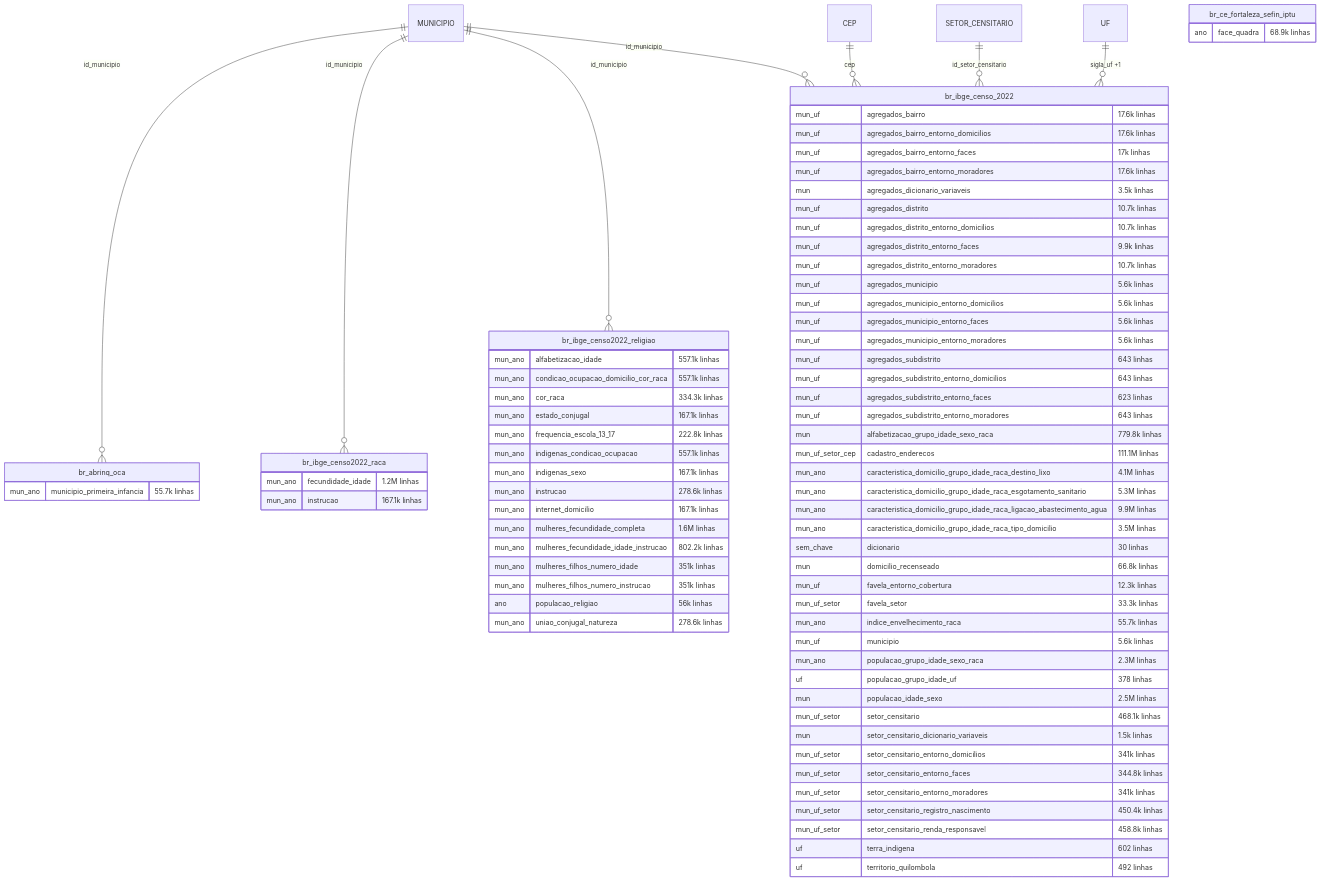
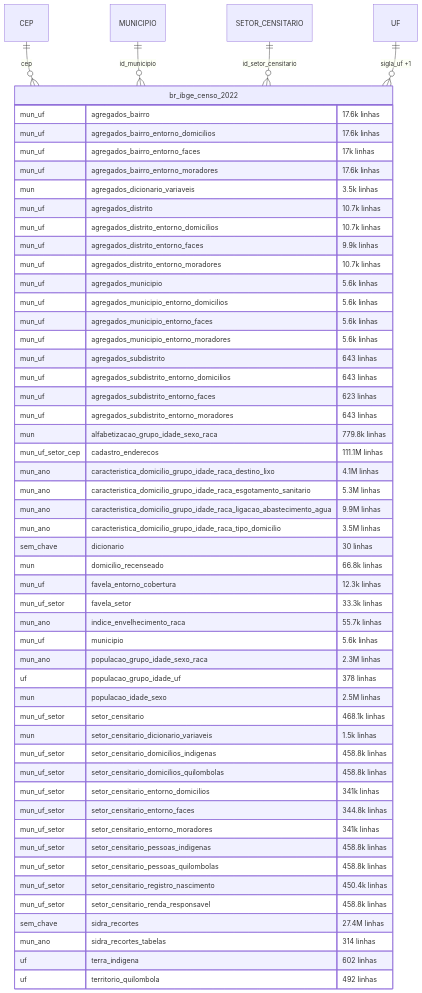
Diagram 25 of 31 in docs/mapa/ERD.md (rafapolo/rodado), drawn with Mermaid before and after one commit. The commit also changed other lines of this file and 9 other files, not shown here.

Commit message:
chore: regenera catálogo, chaves e atlas com caged do mte, dívida ativa por trimestre e recortes do censo

````diff
--- a/docs/mapa/ERD.md
+++ b/docs/mapa/ERD.md
@@ -2188,80 +2226,56 @@
 ```mermaid
 erDiagram
-    MUNICIPIO ||--o{ br_abrinq_oca : "id_municipio"
-    MUNICIPIO ||--o{ br_ibge_censo2022_raca : "id_municipio"
-    MUNICIPIO ||--o{ br_ibge_censo2022_religiao : "id_municipio"
     CEP ||--o{ br_ibge_censo_2022 : "cep"
     MUNICIPIO ||--o{ br_ibge_censo_2022 : "id_municipio"
     SETOR_CENSITARIO ||--o{ br_ibge_censo_2022 : "id_setor_censitario"
     UF ||--o{ br_ibge_censo_2022 : "sigla_uf +1"
-    br_abrinq_oca {
-        mun_ano municipio_primeira_infancia "55.7k linhas"
-    }
-    br_ce_fortaleza_sefin_iptu {
-        ano face_quadra "68.9k linhas"
-    }
-    br_ibge_censo2022_raca {
-        mun_ano fecundidade_idade "1.2M linhas"
-        mun_ano instrucao "167.1k linhas"
-    }
-    br_ibge_censo2022_religiao {
-        mun_ano alfabetizacao_idade "557.1k linhas"
-        mun_ano condicao_ocupacao_domicilio_cor_raca "557.1k linhas"
-        mun_ano cor_raca "334.3k linhas"
-        mun_ano estado_conjugal "167.1k linhas"
-        mun_ano frequencia_escola_13_17 "222.8k linhas"
-        mun_ano indigenas_condicao_ocupacao "557.1k linhas"
-        mun_ano indigenas_sexo "167.1k linhas"
-        mun_ano instrucao "278.6k linhas"
-        mun_ano internet_domicilio "167.1k linhas"
-        mun_ano mulheres_fecundidade_completa "1.6M linhas"
-        mun_ano mulheres_fecundidade_idade_instrucao "802.2k linhas"
-        mun_ano mulheres_filhos_numero_idade "351k linhas"
-        mun_ano mulheres_filhos_numero_instrucao "351k linhas"
-        ano populacao_religiao "56k linhas"
-        mun_ano uniao_conjugal_natureza "278.6k linhas"
-    }
     br_ibge_censo_2022 {
         mun_uf agregados_bairro "17.6k linhas"
         mun_uf agregados_bairro_entorno_domicilios "17.6k linhas"
         mun_uf agregados_bairro_entorno_faces "17k linhas"
         mun_uf agregados_bairro_entorno_moradores "17.6k linhas"
         mun agregados_dicionario_variaveis "3.5k linhas"
         mun_uf agregados_distrito "10.7k linhas"
         mun_uf agregados_distrito_entorno_domicilios "10.7k linhas"
         mun_uf agregados_distrito_entorno_faces "9.9k linhas"
         mun_uf agregados_distrito_entorno_moradores "10.7k linhas"
         mun_uf agregados_municipio "5.6k linhas"
         mun_uf agregados_municipio_entorno_domicilios "5.6k linhas"
         mun_uf agregados_municipio_entorno_faces "5.6k linhas"
         mun_uf agregados_municipio_entorno_moradores "5.6k linhas"
         mun_uf agregados_subdistrito "643 linhas"
         mun_uf agregados_subdistrito_entorno_domicilios "643 linhas"
         mun_uf agregados_subdistrito_entorno_faces "623 linhas"
         mun_uf agregados_subdistrito_entorno_moradores "643 linhas"
         mun alfabetizacao_grupo_idade_sexo_raca "779.8k linhas"
         mun_uf_setor_cep cadastro_enderecos "111.1M linhas"
         mun_ano caracteristica_domicilio_grupo_idade_raca_destino_lixo "4.1M linhas"
         mun_ano caracteristica_domicilio_grupo_idade_raca_esgotamento_sanitario "5.3M linhas"
         mun_ano caracteristica_domicilio_grupo_idade_raca_ligacao_abastecimento_agua "9.9M linhas"
         mun_ano caracteristica_domicilio_grupo_idade_raca_tipo_domicilio "3.5M linhas"
         sem_chave dicionario "30 linhas"
         mun domicilio_recenseado "66.8k linhas"
         mun_uf favela_entorno_cobertura "12.3k linhas"
         mun_uf_setor favela_setor "33.3k linhas"
         mun_ano indice_envelhecimento_raca "55.7k linhas"
         mun_uf municipio "5.6k linhas"
         mun_ano populacao_grupo_idade_sexo_raca "2.3M linhas"
         uf populacao_grupo_idade_uf "378 linhas"
         mun populacao_idade_sexo "2.5M linhas"
         mun_uf_setor setor_censitario "468.1k linhas"
         mun setor_censitario_dicionario_variaveis "1.5k linhas"
+        mun_uf_setor setor_censitario_domicilios_indigenas "458.8k linhas"
+        mun_uf_setor setor_censitario_domicilios_quilombolas "458.8k linhas"
         mun_uf_setor setor_censitario_entorno_domicilios "341k linhas"
         mun_uf_setor setor_censitario_entorno_faces "344.8k linhas"
         mun_uf_setor setor_censitario_entorno_moradores "341k linhas"
+        mun_uf_setor setor_censitario_pessoas_indigenas "458.8k linhas"
+        mun_uf_setor setor_censitario_pessoas_quilombolas "458.8k linhas"
         mun_uf_setor setor_censitario_registro_nascimento "450.4k linhas"
         mun_uf_setor setor_censitario_renda_responsavel "458.8k linhas"
+        sem_chave sidra_recortes "27.4M linhas"
+        mun_ano sidra_recortes_tabelas "314 linhas"
         uf terra_indigena "602 linhas"
         uf territorio_quilombola "492 linhas"
     }
 ```
````
